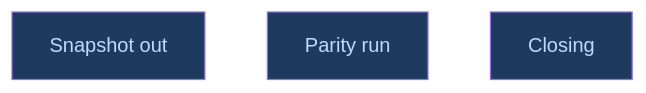
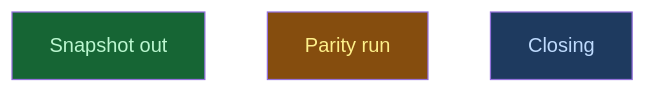
Before and after one commit to CrackingShells/Candler: the diagram in __roadmap__/integrity/causes/checkpoint/snapshot/review/dogfood/parity/answered/recorded/README.md, drawn with Mermaid. The commit also changed other lines of this file and 3 other files, not shown here.

Commit message:
rdm(api): close pages and the snapshot removal, open the parity run

````diff
--- a/__roadmap__/integrity/causes/checkpoint/snapshot/review/dogfood/parity/answered/recorded/README.md
+++ b/__roadmap__/integrity/causes/checkpoint/snapshot/review/dogfood/parity/answered/recorded/README.md
@@ -16,11 +16,11 @@
 ```mermaid
 graph TD
-    snapshot_out[Snapshot out]:::amendment
-    parity_run[Parity run]:::amendment
+    snapshot_out[Snapshot out]:::done
+    parity_run[Parity run]:::inprogress
     closing[Closing]:::amendment
     classDef done       fill:#166534,color:#bbf7d0
     classDef inprogress fill:#854d0e,color:#fef08a
     classDef planned    fill:#374151,color:#e5e7eb
     classDef amendment  fill:#1e3a5f,color:#bfdbfe
     classDef blocked    fill:#7f1d1d,color:#fecaca
 ```
````
